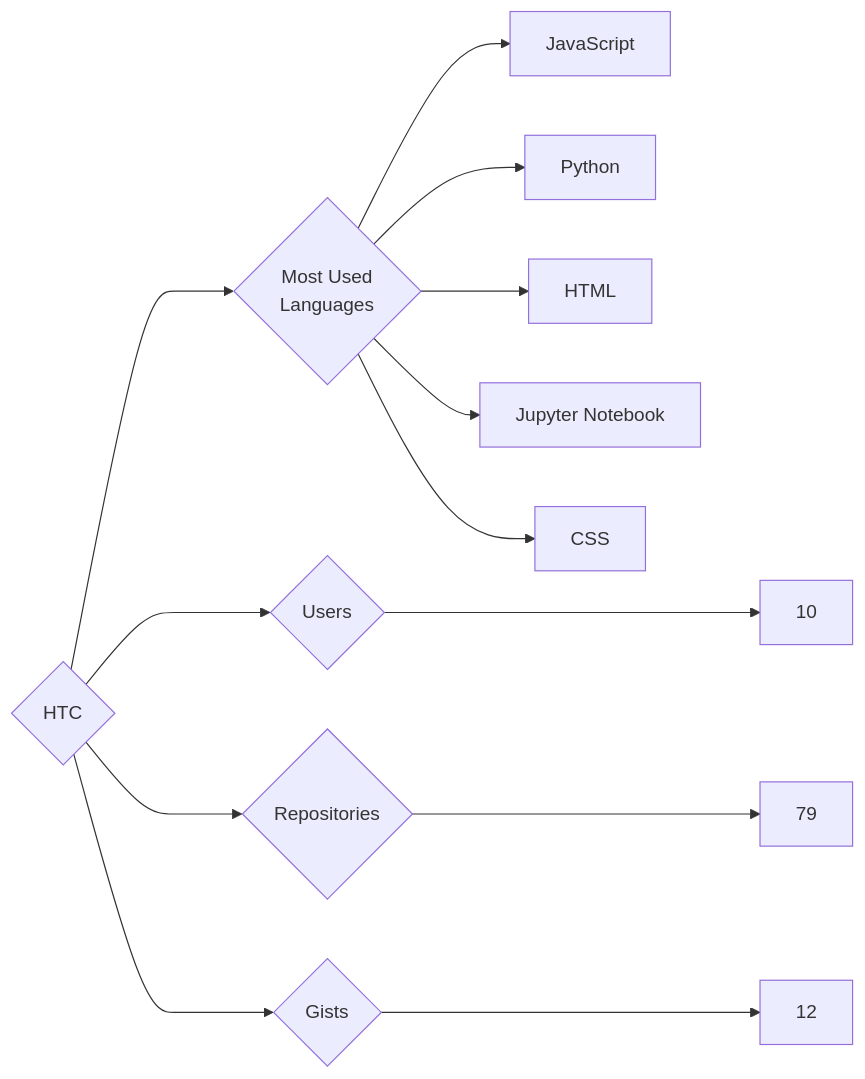
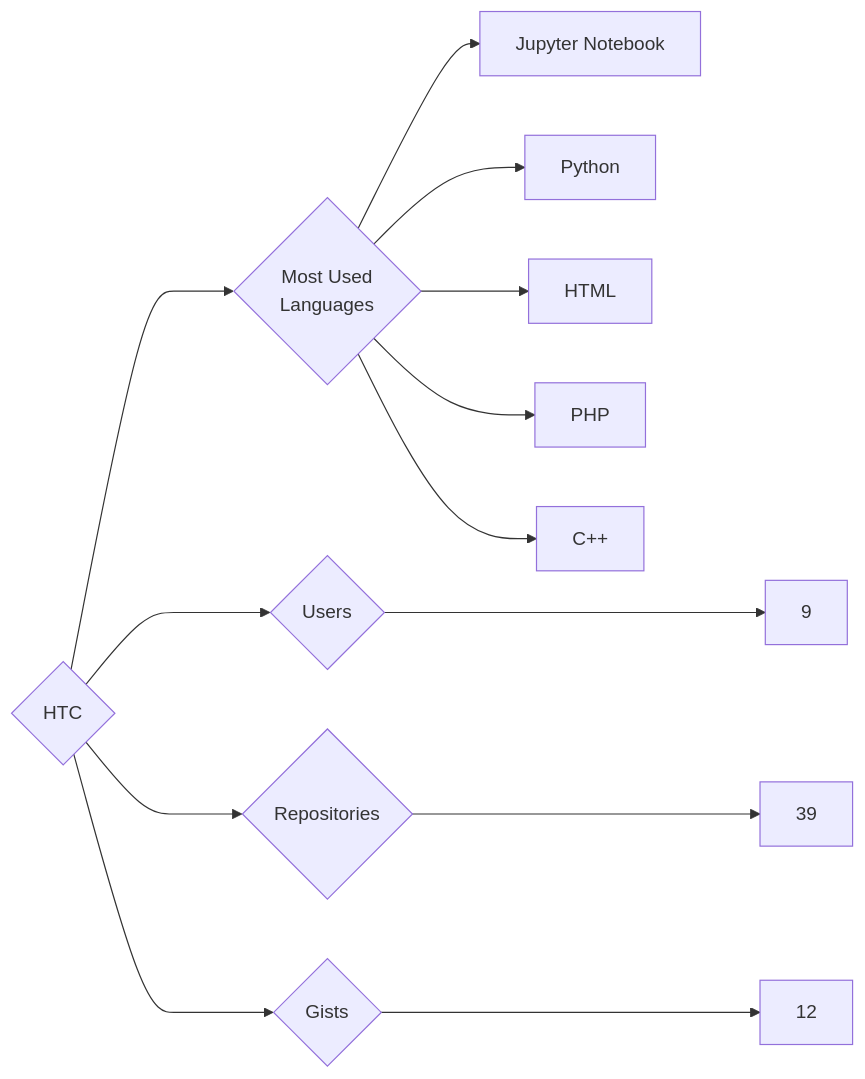
Before and after one commit to trickest/insiders: the diagram in targets/HTC/README.md, drawn with Mermaid. The commit also changed 1055 other files, not shown here.

````diff
--- a/targets/HTC/README.md
+++ b/targets/HTC/README.md
@@ -3,13 +3,13 @@
 ```mermaid
 graph LR
 COMPANY_NAME{HTC}
-COMPANY_NAME ---> U{Users} ---> UN[10]
-COMPANY_NAME ---> R{Repositories} ---> RN[79]
+COMPANY_NAME ---> U{Users} ---> UN[9]
+COMPANY_NAME ---> R{Repositories} ---> RN[39]
 COMPANY_NAME ---> G{Gists} ---> GN[12]
 COMPANY_NAME ---> ML{Most Used<br>Languages}
-ML --> JavaScript[JavaScript]
+ML --> Jupyter_Notebook[Jupyter Notebook]
 ML --> Python[Python]
 ML --> HTML[HTML]
-ML --> Jupyter_Notebook[Jupyter Notebook]
-ML --> CSS[CSS]
+ML --> PHP[PHP]
+ML --> C++[C++]
 ```
````
